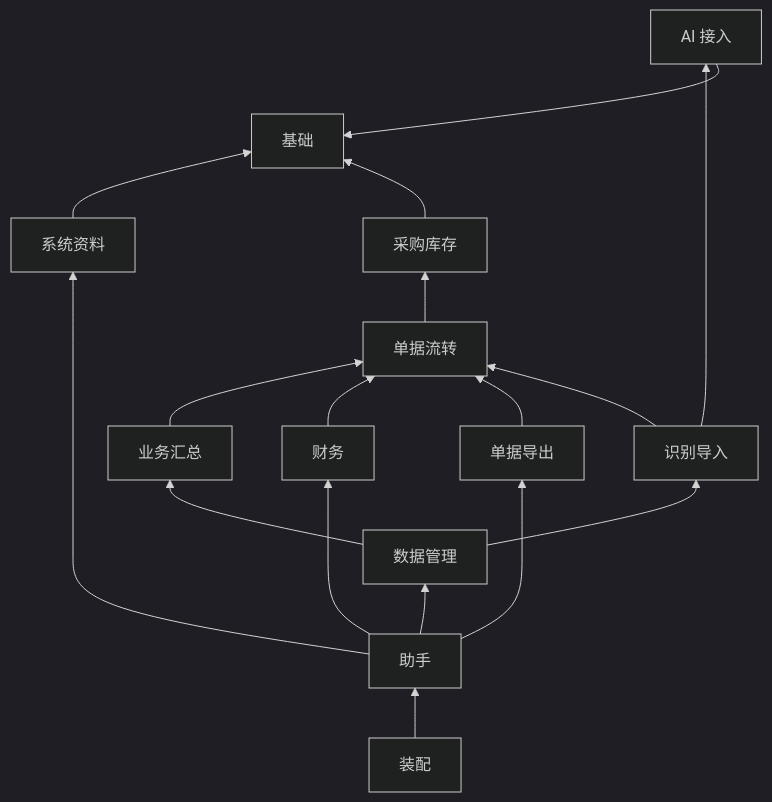
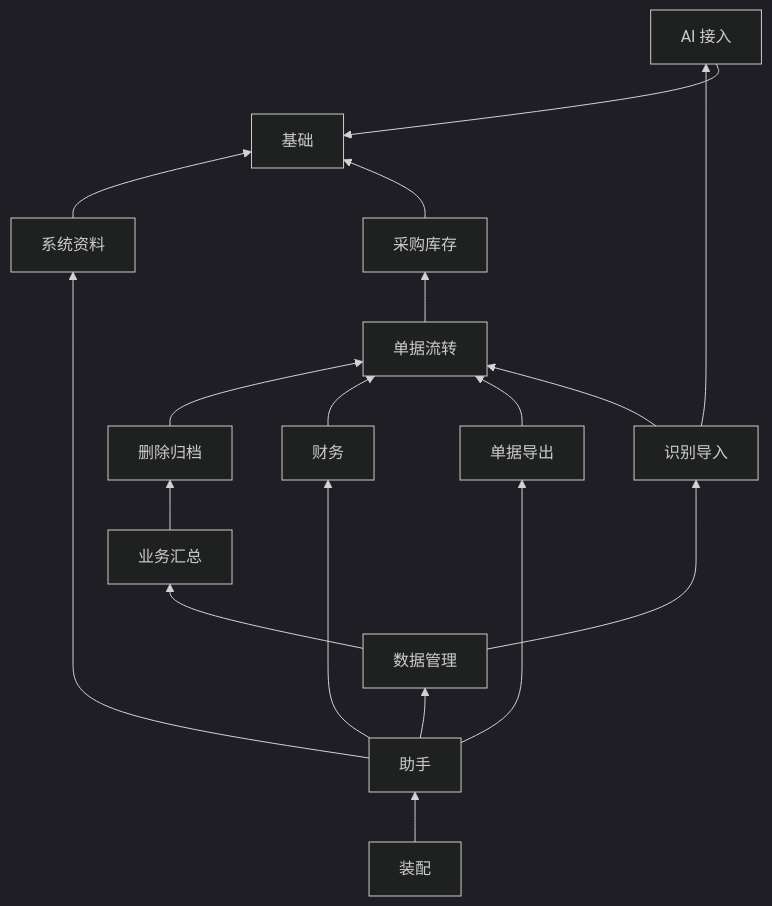
One commit to empitor/yongle-carton-erp changed the second of 2 diagrams in docs/架构说明.md. Above: the diagram before and after it, drawn with Mermaid (dark theme). The commit also changed other lines of this file and 86 other files, not shown here.

````diff
--- a/docs/架构说明.md
+++ b/docs/架构说明.md
@@ -45,20 +46,21 @@
 ```mermaid
 flowchart BT
   core[基础] ~~~ ai[AI 接入]
   ai --> core
   sys[系统资料] --> core
   ops[采购库存] --> core
   flow[单据流转] --> ops
-  biz[业务汇总] --> flow
+  life[删除归档] --> flow
+  biz[业务汇总] --> life
   fin[财务] --> flow
   doc[单据导出] --> flow
   imp[识别导入] --> flow
   imp --> ai
   adm[数据管理] --> biz
   adm --> imp
   ast[助手] --> adm
   ast --> doc
   ast --> fin
   ast --> sys
   app[装配] --> ast
 ```
````
